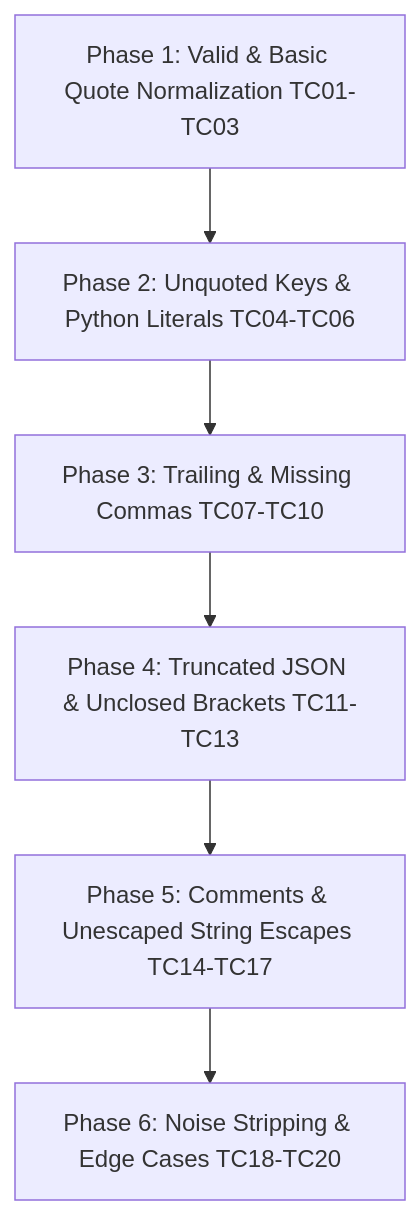
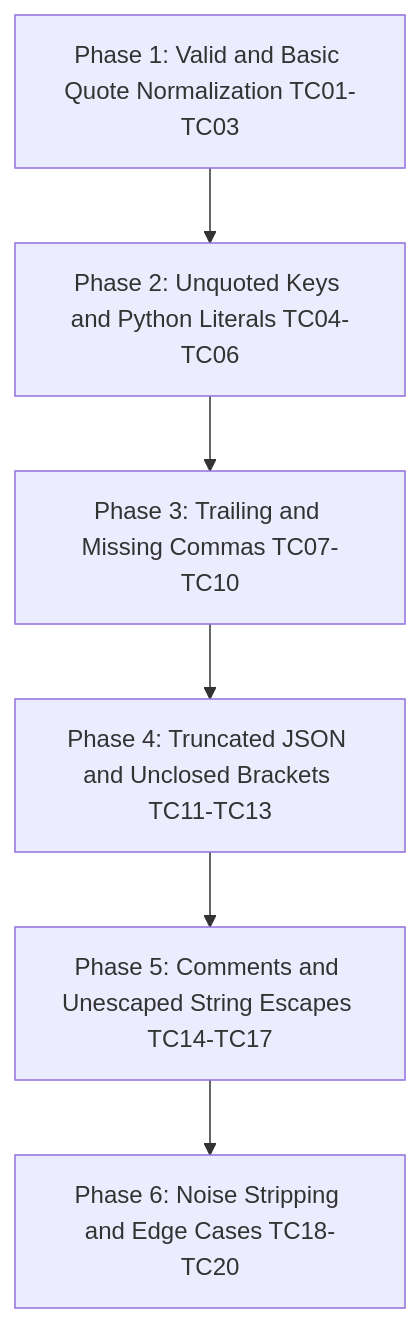
One commit to bifteki-crew/JsonRepair.NET changed the diagram in docs/03-tdd-roadmap.md. Above: the diagram before and after it, drawn with Mermaid. The commit also changed other lines of this file and 7 other files, not shown here.

````diff
--- a/docs/03-tdd-roadmap.md
+++ b/docs/03-tdd-roadmap.md
@@ -42,8 +68,8 @@
 ```mermaid
 flowchart TD
-    Phase1[Phase 1: Valid & Basic Quote Normalization TC01-TC03] --> Phase2[Phase 2: Unquoted Keys & Python Literals TC04-TC06]
-    Phase2 --> Phase3[Phase 3: Trailing & Missing Commas TC07-TC10]
-    Phase3 --> Phase4[Phase 4: Truncated JSON & Unclosed Brackets TC11-TC13]
-    Phase4 --> Phase5[Phase 5: Comments & Unescaped String Escapes TC14-TC17]
-    Phase5 --> Phase6[Phase 6: Noise Stripping & Edge Cases TC18-TC20]
+    Phase1[Phase 1: Valid and Basic Quote Normalization TC01-TC03] --> Phase2[Phase 2: Unquoted Keys and Python Literals TC04-TC06]
+    Phase2 --> Phase3[Phase 3: Trailing and Missing Commas TC07-TC10]
+    Phase3 --> Phase4[Phase 4: Truncated JSON and Unclosed Brackets TC11-TC13]
+    Phase4 --> Phase5[Phase 5: Comments and Unescaped String Escapes TC14-TC17]
+    Phase5 --> Phase6[Phase 6: Noise Stripping and Edge Cases TC18-TC20]
 ```
````
